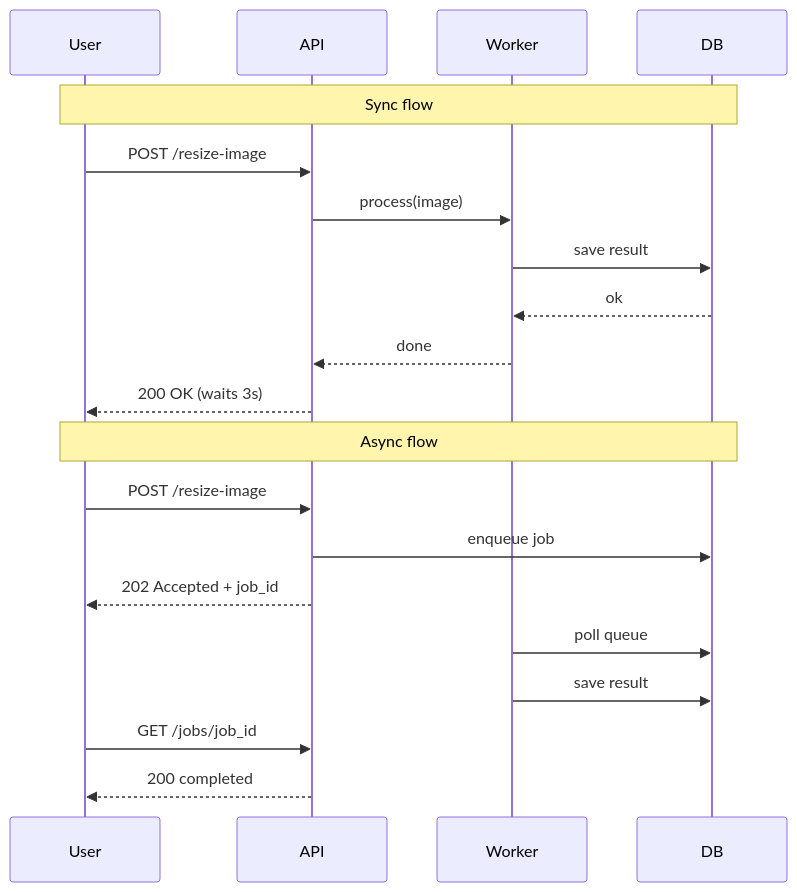
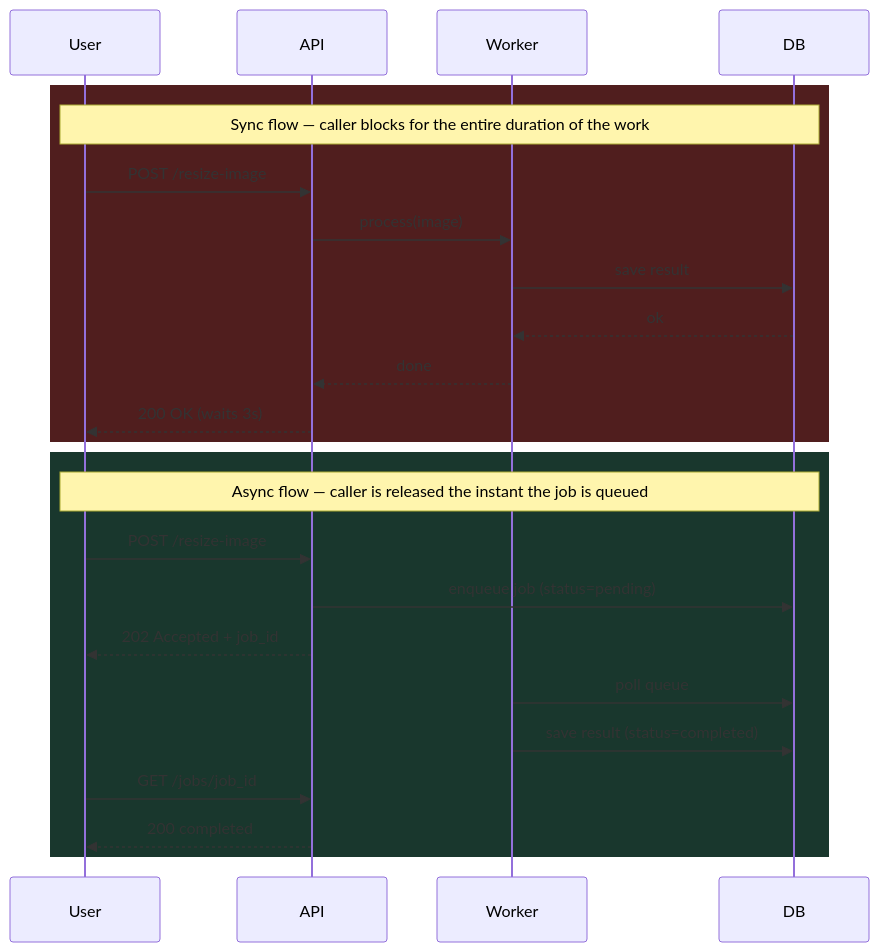
The first of 16 diagrams in system-design/async-patterns.md (deepanshu-rawat6/DevOpsIndex), drawn with Mermaid before and after one commit. The commit also changed other lines of this file and 8 other files, not shown here.

````diff
--- a/system-design/async-patterns.md
+++ b/system-design/async-patterns.md
@@ -24,24 +37,28 @@
 ```mermaid
 sequenceDiagram
     participant User
     participant API
     participant Worker
     participant DB
 
-    Note over User,DB: Sync flow
+    rect rgb(80, 30, 30)
+    Note over User,DB: Sync flow — caller blocks for the entire duration of the work
     User->>API: POST /resize-image
     API->>Worker: process(image)
     Worker->>DB: save result
     DB-->>Worker: ok
     Worker-->>API: done
     API-->>User: 200 OK (waits 3s)
+    end
 
-    Note over User,DB: Async flow
+    rect rgb(25, 55, 45)
+    Note over User,DB: Async flow — caller is released the instant the job is queued
     User->>API: POST /resize-image
-    API->>DB: enqueue job
+    API->>DB: enqueue job (status=pending)
     API-->>User: 202 Accepted + job_id
     Worker->>DB: poll queue
-    Worker->>DB: save result
+    Worker->>DB: save result (status=completed)
     User->>API: GET /jobs/job_id
     API-->>User: 200 completed
+    end
 ```
````
